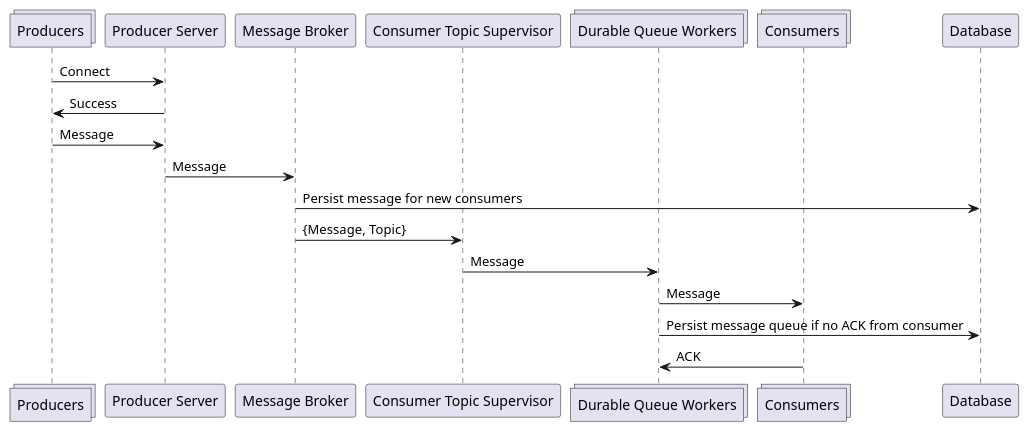
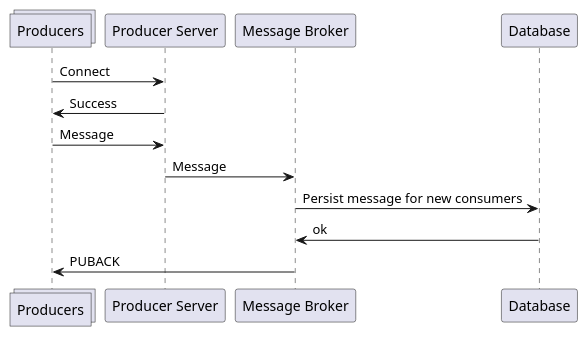
Before and after one commit to darkcat013/ptr-lab3: the diagram in diagrams/msg_producer.puml, drawn with PlantUML. The commit also changed 11 other files, not shown here.

```diff
--- a/diagrams/msg_producer.puml
+++ b/diagrams/msg_producer.puml
@@ -1,21 +1,15 @@
 @startuml
 
 collections "Producers" as P
 participant "Producer Server" as PServ
 participant "Message Broker" as MB
-participant "Consumer Topic Supervisor" as CS
-collections "Durable Queue Workers" as DQW
-collections "Consumers" as C
 participant "Database" as DB
 
 P -> PServ: Connect
 PServ -> P: Success
 P -> PServ: Message
 PServ -> MB: Message
 MB -> DB: Persist message for new consumers
-MB -> CS: {Message, Topic}
-CS -> DQW: Message
-DQW -> C: Message
-DQW -> DB: Persist message queue if no ACK from consumer
-C -> DQW: ACK
+DB -> MB: ok
+MB -> P: PUBACK
 @enduml
```
